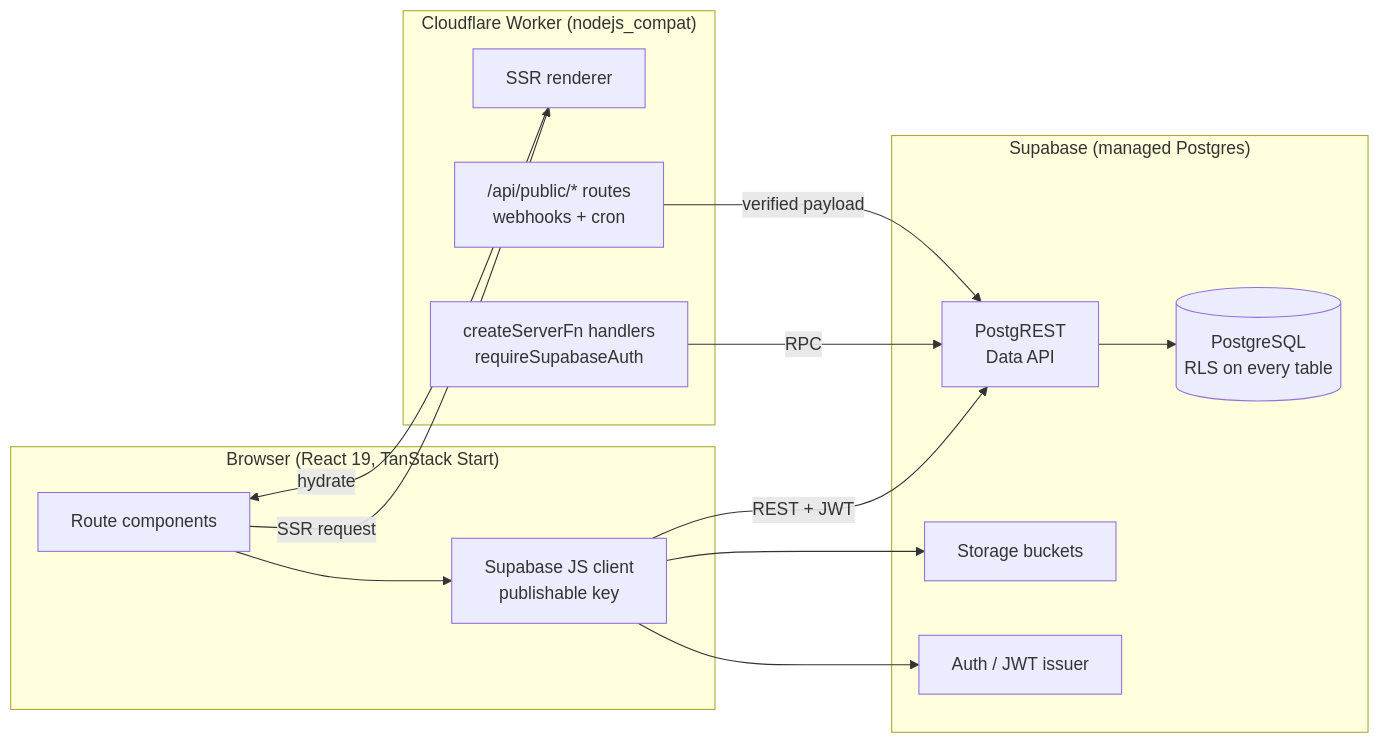
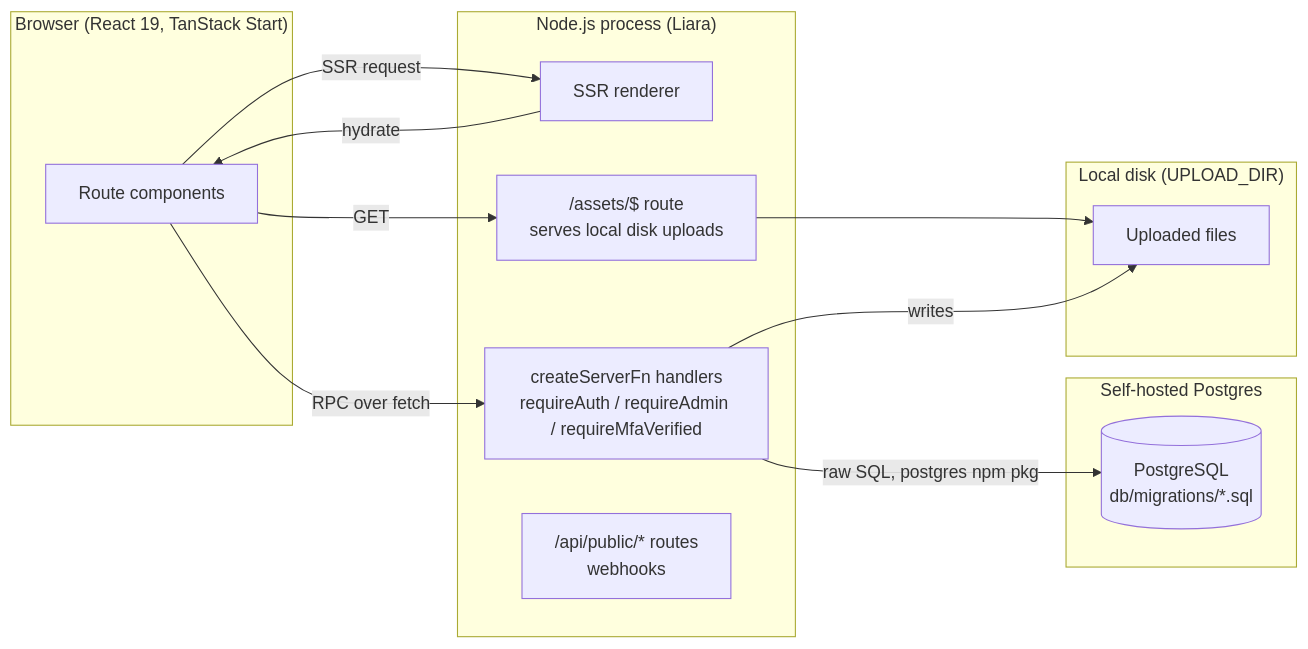
Before and after one commit to daneshavaran2/parkfava: the first of 10 diagrams in README.md, drawn with Mermaid. The commit also changed other lines of this file and 2 other files, not shown here.

````diff
--- a/README.md
+++ b/README.md
@@ -146,30 +172,29 @@
 ```mermaid
 graph LR
   subgraph Client["Browser (React 19, TanStack Start)"]
     UI[Route components]
-    SB[Supabase JS client<br/>publishable key]
-    UI --> SB
   end
 
-  subgraph Edge["Cloudflare Worker (nodejs_compat)"]
+  subgraph Server["Node.js process (Liara)"]
     SSR[SSR renderer]
-    FN[createServerFn handlers<br/>requireSupabaseAuth]
-    API["/api/public/* routes<br/>webhooks + cron"]
+    FN["createServerFn handlers<br/>requireAuth / requireAdmin / requireMfaVerified"]
+    AS["/assets/$ route<br/>serves local disk uploads"]
+    API["/api/public/* routes<br/>webhooks"]
   end
 
-  subgraph Data["Supabase (managed Postgres)"]
-    PG[(PostgreSQL<br/>RLS on every table)]
-    PR[PostgREST<br/>Data API]
-    ST[Storage buckets]
-    AU[Auth / JWT issuer]
+  subgraph Data["Self-hosted Postgres"]
+    PG[(PostgreSQL<br/>db/migrations/*.sql)]
+  end
+
+  subgraph Disk["Local disk (UPLOAD_DIR)"]
+    UP[Uploaded files]
   end
 
   UI -->|SSR request| SSR
   SSR -->|hydrate| UI
-  SB -->|REST + JWT| PR
-  FN -->|RPC| PR
-  API -->|verified payload| PR
-  PR --> PG
-  SB --> ST
-  SB --> AU
+  UI -->|RPC over fetch| FN
+  UI -->|GET| AS
+  FN -->|raw SQL, postgres npm pkg| PG
+  AS --> UP
+  FN -->|writes| UP
 ```
````
